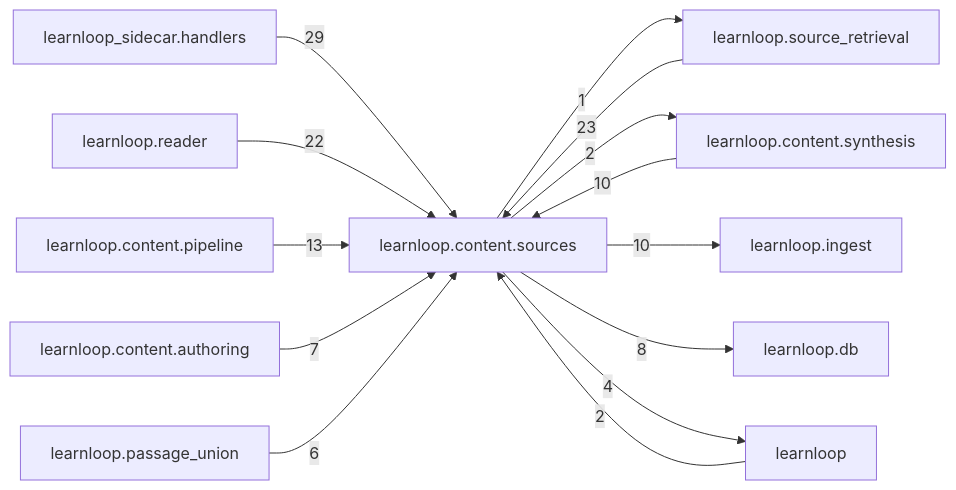
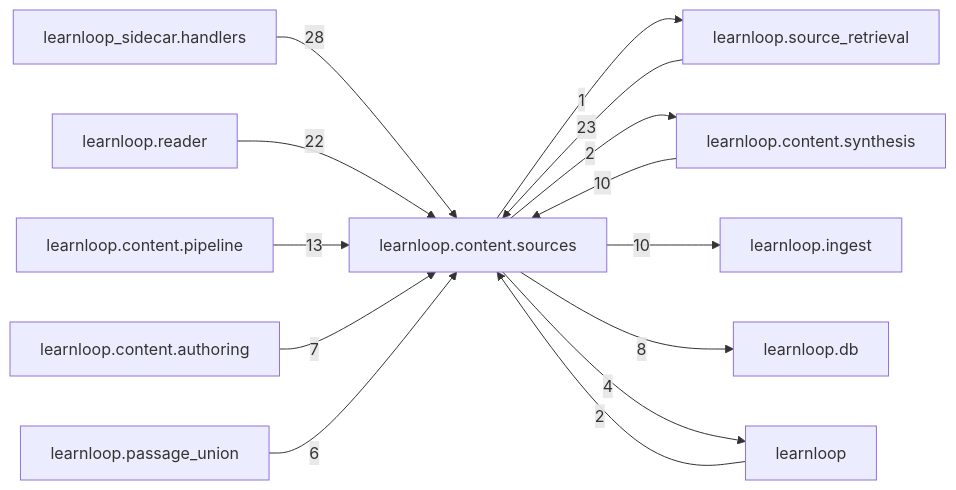
One commit to 6up-b/learnanything changed the diagram in docs/learnloop-architecture-vault/Reference/Modules/learnloop/content/sources/_package.md. Above: the diagram before and after it, drawn with Mermaid. The commit also changed other lines of this file and 147 other files, not shown here.

````diff
--- a/docs/learnloop-architecture-vault/Reference/Modules/learnloop/content/sources/_package.md
+++ b/docs/learnloop-architecture-vault/Reference/Modules/learnloop/content/sources/_package.md
@@ -127,27 +127,27 @@
 ```mermaid
 flowchart LR
     center["learnloop.content.sources"]
     n_learnloop_sidecar_handlers["learnloop_sidecar.handlers"]
     n_learnloop_source_retrieval["learnloop.source_retrieval"]
     n_learnloop_reader["learnloop.reader"]
     n_learnloop_content_pipeline["learnloop.content.pipeline"]
     n_learnloop_content_synthesis["learnloop.content.synthesis"]
     n_learnloop_ingest["learnloop.ingest"]
     n_learnloop_db["learnloop.db"]
     n_learnloop_content_authoring["learnloop.content.authoring"]
     n_learnloop["learnloop"]
     n_learnloop_passage_union["learnloop.passage_union"]
-    n_learnloop_sidecar_handlers -->|29| center
+    n_learnloop_sidecar_handlers -->|28| center
     n_learnloop_source_retrieval -->|23| center
     center -->|1| n_learnloop_source_retrieval
     n_learnloop_reader -->|22| center
     n_learnloop_content_pipeline -->|13| center
     n_learnloop_content_synthesis -->|10| center
     center -->|2| n_learnloop_content_synthesis
     center -->|10| n_learnloop_ingest
     center -->|8| n_learnloop_db
     n_learnloop_content_authoring -->|7| center
     n_learnloop -->|2| center
     center -->|4| n_learnloop
     n_learnloop_passage_union -->|6| center
 ```
````
